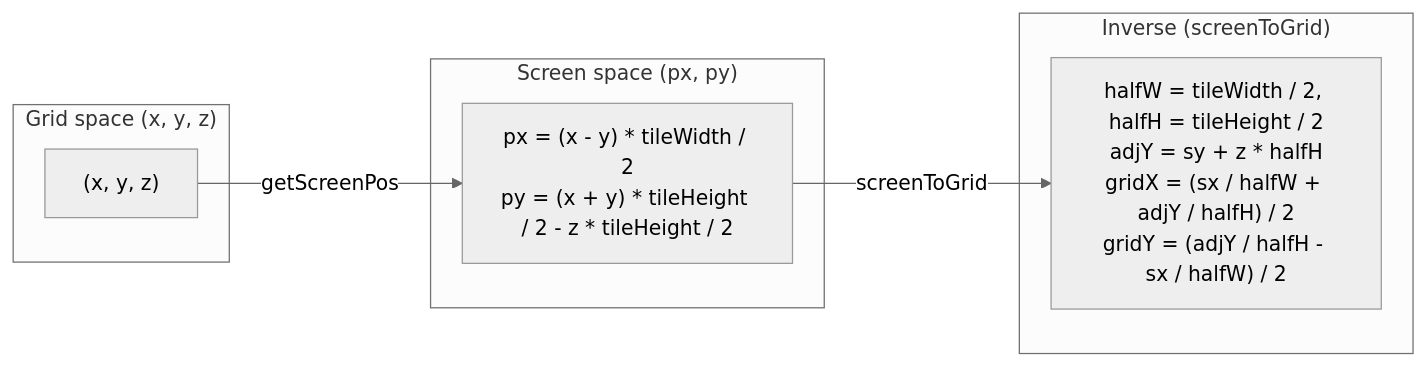
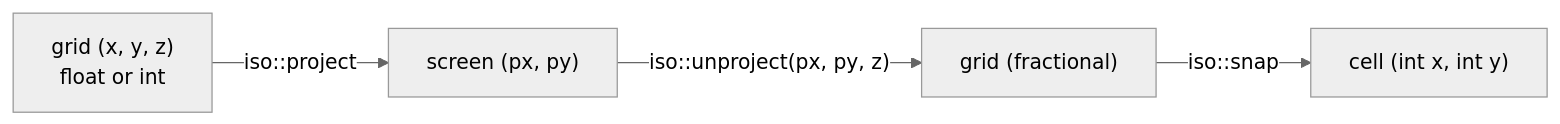
One commit to LeoMart12345/IsometricSFMLgame changed the fourth of 6 diagrams in docs/ARCHITECTURE.md. Above: the diagram before and after it, drawn with Mermaid (neutral theme). The commit also changed other lines of this file and 2 other files, not shown here.

First line of the commit message:
docs: document the new layout, build steps and architecture

````diff
--- a/docs/ARCHITECTURE.md
+++ b/docs/ARCHITECTURE.md
@@ -141,18 +214,6 @@
 ```mermaid
 flowchart LR
-    subgraph Grid["Grid space (x, y, z)"]
-        G["(x, y, z)"]
-    end
-
-    subgraph Screen["Screen space (px, py)"]
-        S["px = (x - y) * tileWidth / 2<br/>py = (x + y) * tileHeight / 2 - z * tileHeight / 2"]
-    end
-
-    G -->|getScreenPos| S
-
-    subgraph Inverse["Inverse (screenToGrid)"]
-        I["halfW = tileWidth / 2, halfH = tileHeight / 2<br/>adjY = sy + z * halfH<br/>gridX = (sx / halfW + adjY / halfH) / 2<br/>gridY = (adjY / halfH - sx / halfW) / 2"]
-    end
-
-    S -->|screenToGrid| I
+    G["grid (x, y, z)<br/>float or int"] -->|"iso::project"| S["screen (px, py)"]
+    S -->|"iso::unproject(px, py, z)"| F["grid (fractional)"]
+    F -->|"iso::snap"| C["cell (int x, int y)"]
 ```
````
